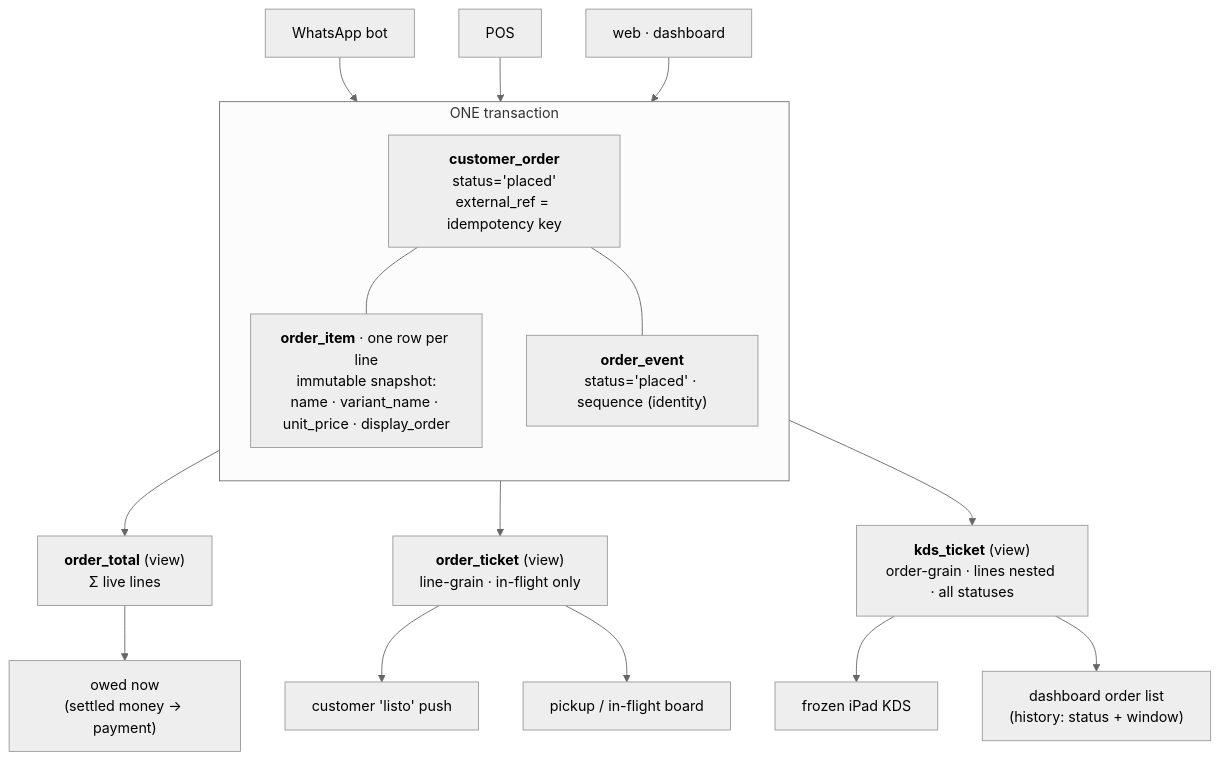
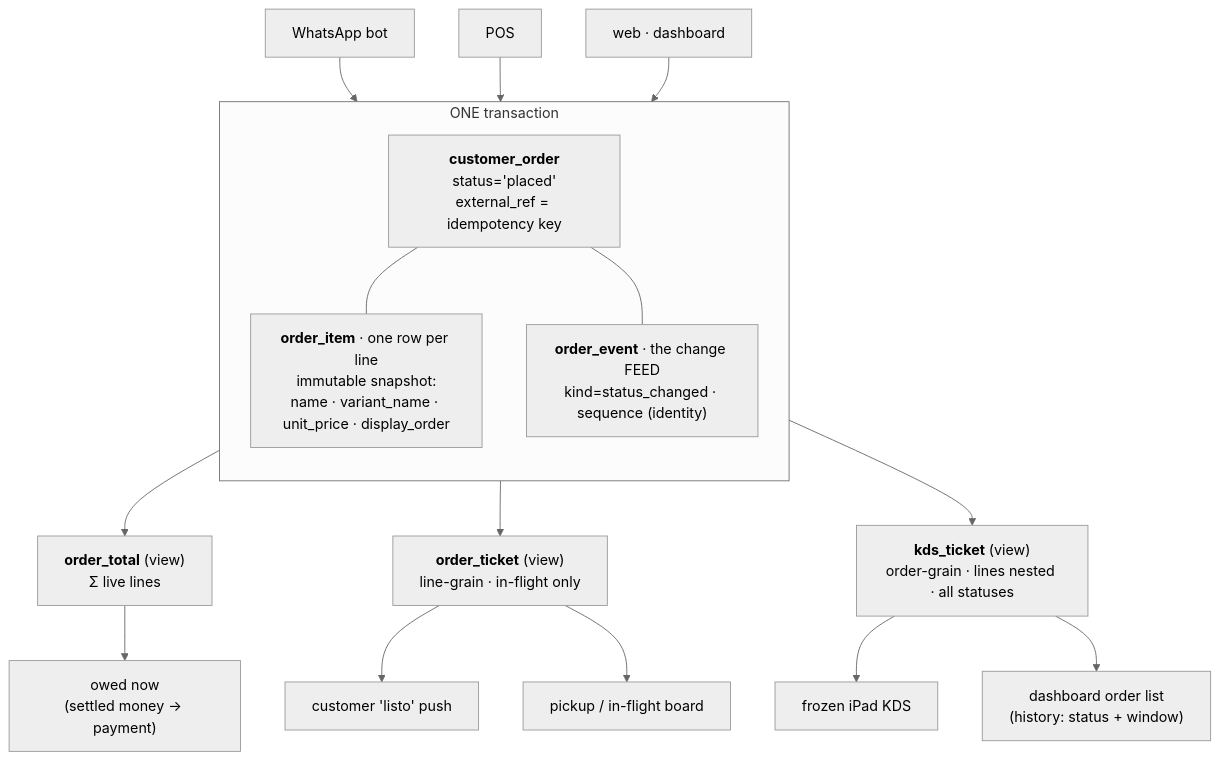
The first of 3 diagrams in docs/migration/build-v3/ORDER_MODEL.md (umiconsulting/umi), drawn with Mermaid (neutral theme) before and after one commit. The commit also changed other lines of this file and 2 other files, not shown here.

````diff
--- a/docs/migration/build-v3/ORDER_MODEL.md
+++ b/docs/migration/build-v3/ORDER_MODEL.md
@@ -83,25 +111,25 @@
 ```mermaid
 flowchart TB
   WA["WhatsApp bot"] --> TX
   POS["POS"] --> TX
   WEB["web · dashboard"] --> TX
 
   subgraph TX["ONE transaction"]
     direction TB
     ORD["<b>customer_order</b><br/>status='placed'<br/>external_ref = idempotency key"]
     ITEM["<b>order_item</b> · one row per line<br/>immutable snapshot:<br/>name · variant_name · unit_price · display_order"]
-    EV["<b>order_event</b><br/>status='placed' · sequence (identity)"]
+    EV["<b>order_event</b> · the change FEED<br/>kind=status_changed · sequence (identity)"]
     ORD --- ITEM
     ORD --- EV
   end
 
   TX --> TOTAL["<b>order_total</b> (view)<br/>Σ live lines"]
   TX --> TICKET["<b>order_ticket</b> (view)<br/>line-grain · in-flight only"]
   TX --> KDS["<b>kds_ticket</b> (view)<br/>order-grain · lines nested · all statuses"]
 
   TOTAL --> MONEY["owed now<br/>(settled money → payment)"]
   TICKET --> NOTIF["customer 'listo' push"]
   TICKET --> BOARD["pickup / in-flight board"]
   KDS --> IPAD["frozen iPad KDS"]
   KDS --> LIST["dashboard order list<br/>(history: status + window)"]
 ```
````
